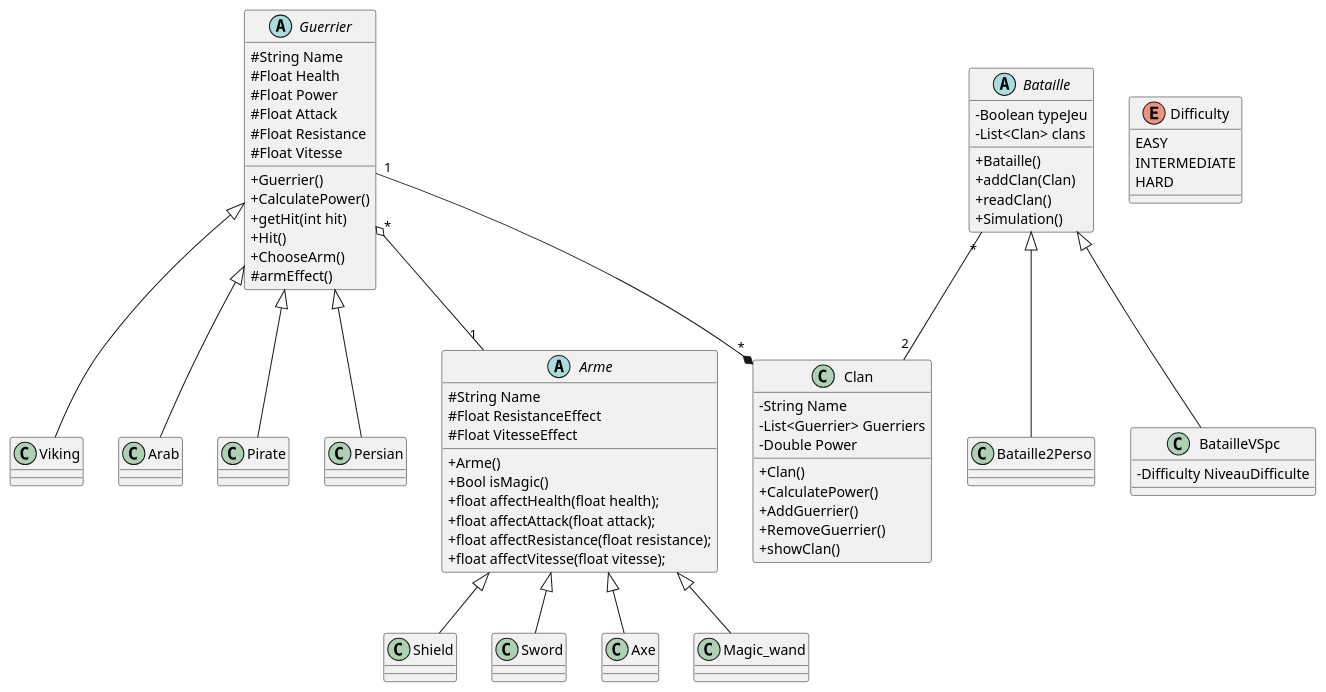
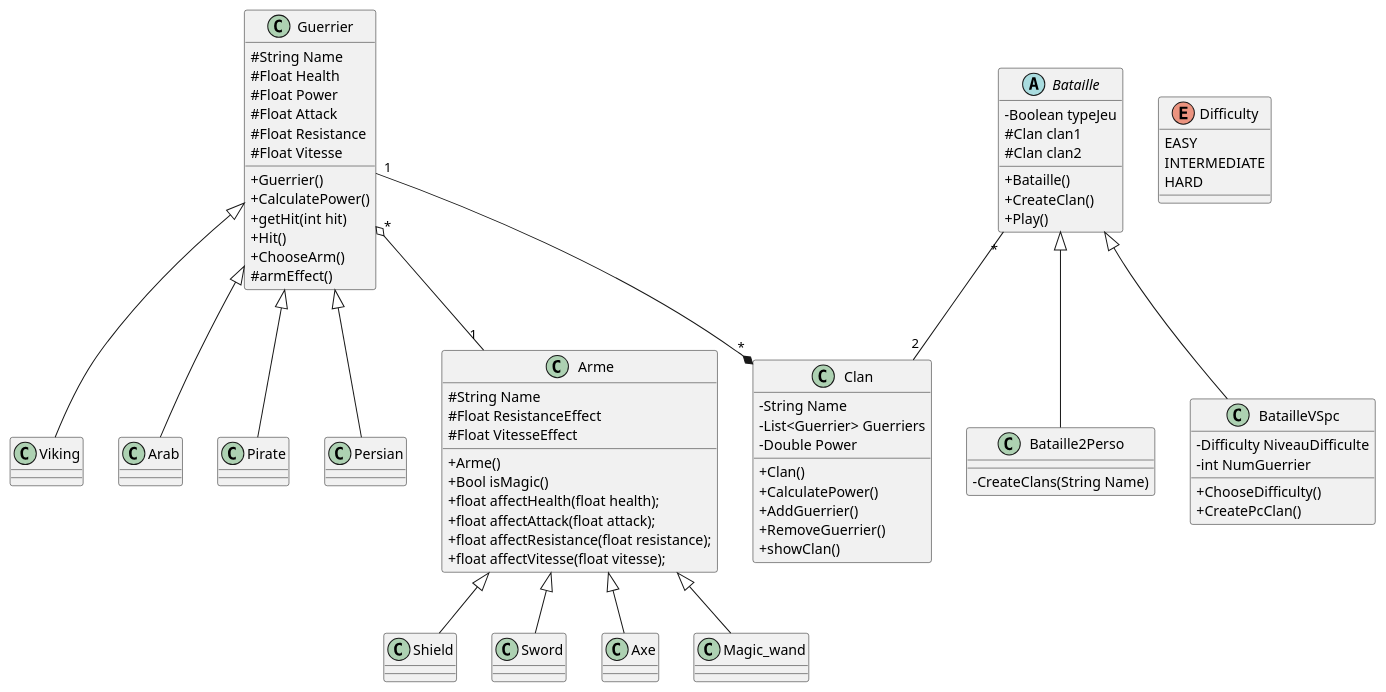
Before and after one commit to MedHK008/Clan-war: the diagram in ClassDiagram.puml, drawn with PlantUML. The commit also changed 49 other files, not shown here.

```diff
--- a/ClassDiagram.puml
+++ b/ClassDiagram.puml
@@ -1,97 +1,100 @@
 @startuml ClassDiagram
 
 skinparam classAttributeIconSize 0
 
-abstract class Guerrier{
+class Guerrier{
 #String Name
 #Float Health
 #Float Power
 #Float Attack
 #Float Resistance
 #Float Vitesse 
 +Guerrier()
 +CalculatePower()
 +getHit(int hit)
 +Hit()
 +ChooseArm()
 #armEffect()
 }
 
 
 class Viking extends Guerrier{
 }
 
 class Arab extends Guerrier{
 }
 
 class Pirate extends Guerrier{
 }
 
 class Persian extends Guerrier{
 }
 
-abstract class Arme {
+class Arme {
 #String Name
 #Float ResistanceEffect
 #Float VitesseEffect
 +Arme()
 +Bool isMagic()
 +float affectHealth(float health);
 +float affectAttack(float attack);
 +float affectResistance(float resistance);
 +float affectVitesse(float vitesse);
 }
 
 class Shield extends Arme {
 }
 
 class Sword extends Arme {
 }
 
 class Axe extends Arme {
 }
 
 class Magic_wand extends Arme {
 
 }
 
 enum Difficulty{
   EASY
   INTERMEDIATE
   HARD
 }
 
 
 class Clan {
 -String Name
 -List<Guerrier> Guerriers
 -Double Power
 +Clan()
 +CalculatePower()
 +AddGuerrier()
 +RemoveGuerrier()
 +showClan()
 }
 
 abstract class Bataille{
 -Boolean typeJeu
--List<Clan> clans
+#Clan clan1
+#Clan clan2
 +Bataille()
-+addClan(Clan)
-+readClan()
-+Simulation()
++CreateClan()
++Play()
 }
 
 class Bataille2Perso extends Bataille{
-
+-CreateClans(String Name)
 }
 
 class BatailleVSpc extends Bataille{
 -Difficulty NiveauDifficulte
+-int NumGuerrier
++ChooseDifficulty()
++CreatePcClan()
 }
 
 Guerrier "1" --* "*" Clan 
 Guerrier"*" o-- "1" Arme 
 Bataille "*" -- "2" Clan
 
 @enduml
```
